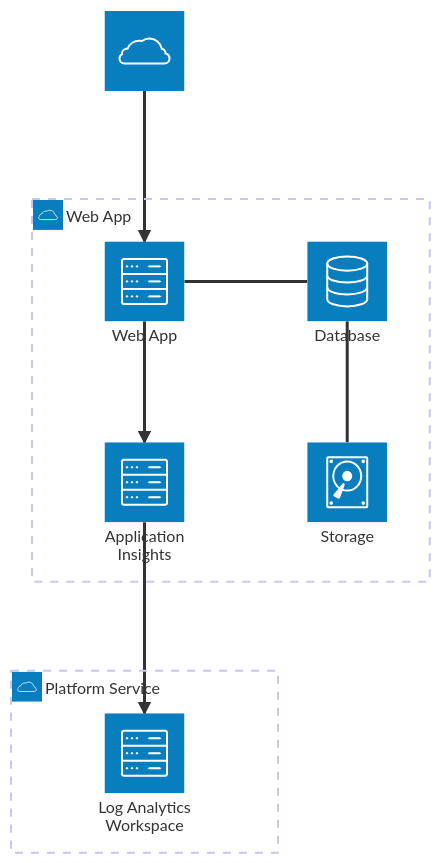
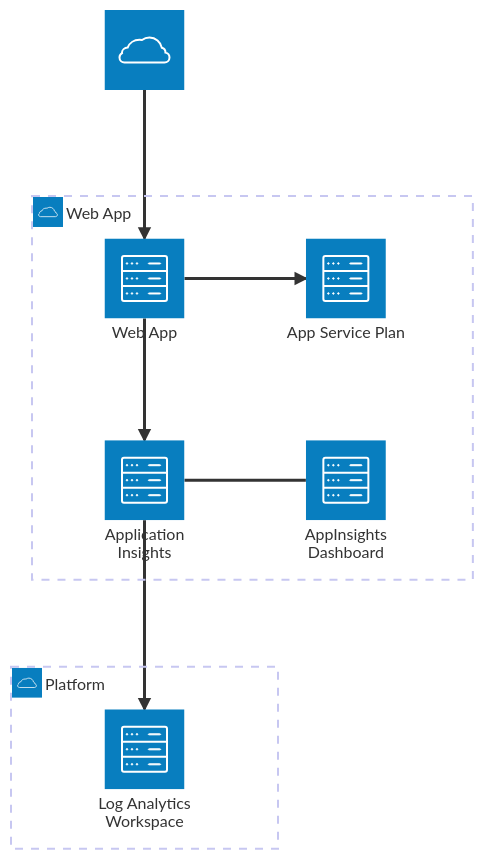
Before and after one commit to drewkg/Azure: the second of 2 diagrams in Bicep/Resource/AppServiceWithMSIAppInsights/ReadMe.md, drawn with Mermaid. The commit also changed other lines of this file and 3 other files, not shown here.

````diff
--- a/Bicep/Resource/AppServiceWithMSIAppInsights/ReadMe.md
+++ b/Bicep/Resource/AppServiceWithMSIAppInsights/ReadMe.md
@@ -26,19 +38,19 @@
 ```mermaid
 	architecture-beta
-    group api(cloud)[Web App]
-		group platform(cloud)[Platform Service]
+		group api(cloud)[Web App]
+		group platform(cloud)[Platform]
 
-    service internet(cloud)
-    service db(database)[Database] in api
-    service disk2(disk)[Storage] in api
-    service server(server)[Web App] in api
+		service internet(cloud)
+		service asp(server)[App Service Plan] in api
+		service server(server)[Web App] in api
 		service appi(server)[Application Insights] in api
+		service dashboard(server)[AppInsights Dashboard] in api
 		service law(server)[Log Analytics Workspace] in platform
 
 		internet:B --> T:server
 
-    db:L -- R:server
-    disk2:T -- B:db
+		asp:L <-- R:server
 		server:B --> T:appi
+		appi:R -- L:dashboard
 		appi:B --> T:law
 ```
````
